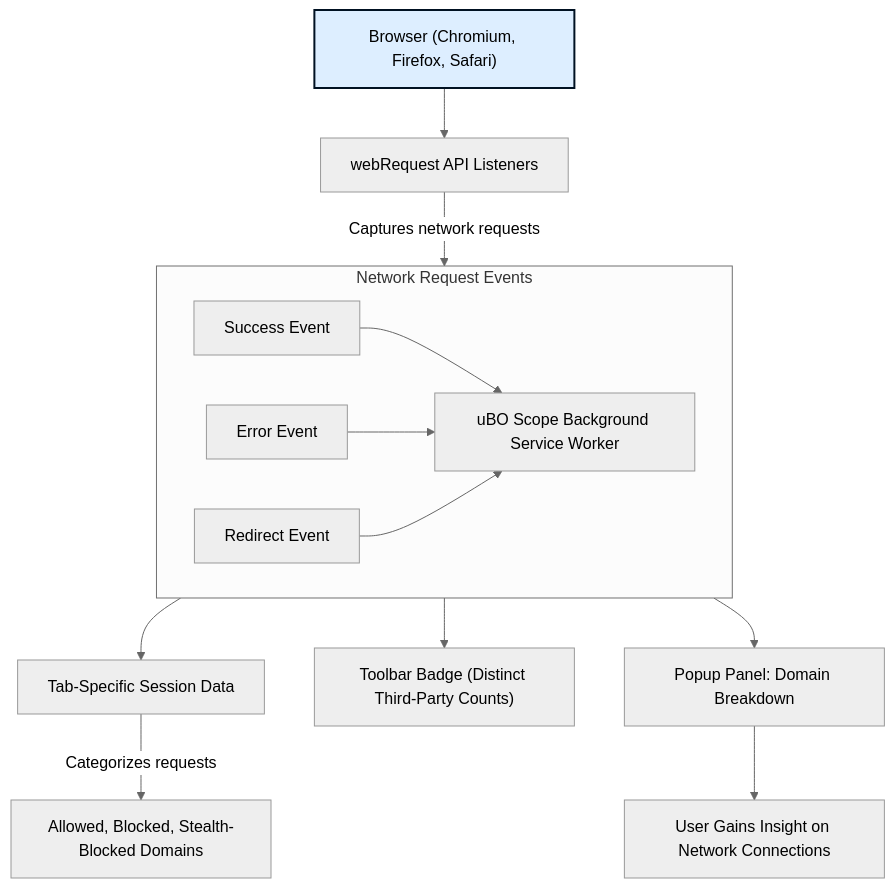
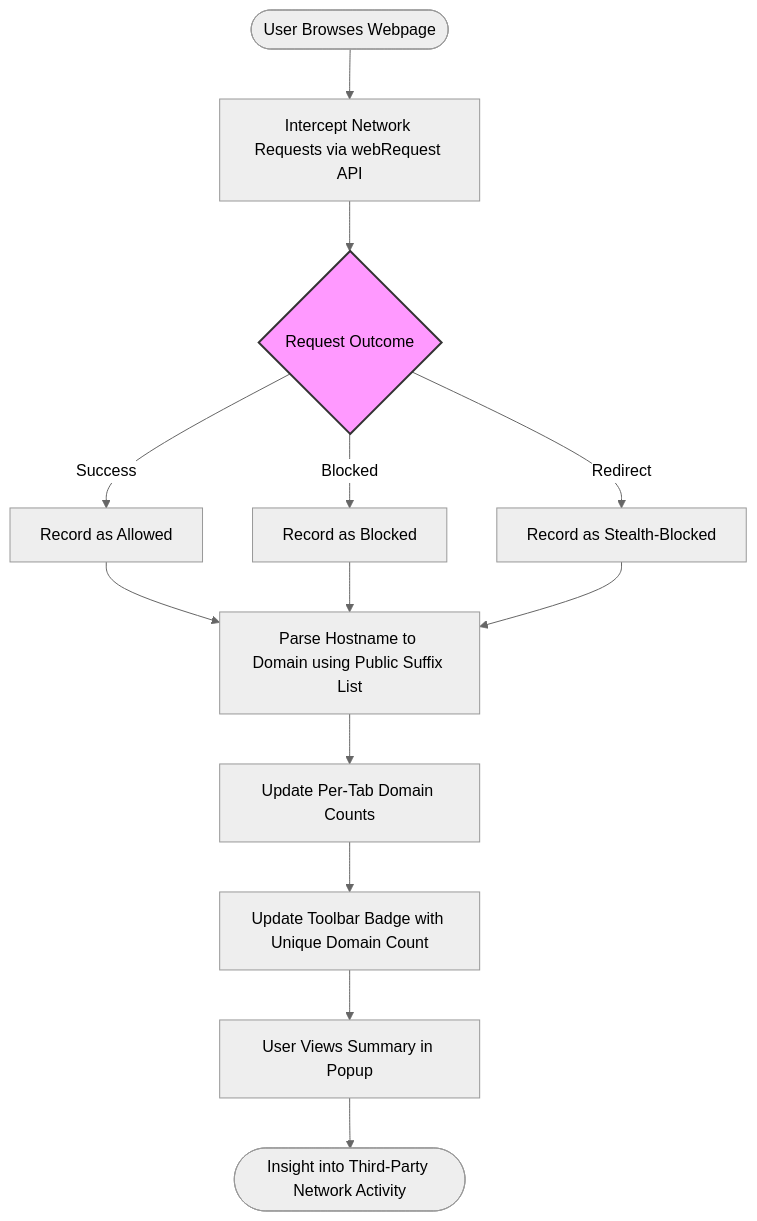
One commit to clidey/docucod-public-project-adf15a81-508f-4f0d-9083-12549e1f66a0 changed the diagram in overview/product-introduction/what-is-ubo-scope.mdx. Above: the diagram before and after it, drawn with Mermaid (neutral theme). The commit also changed other lines of this file and 18 other files, not shown here.

````diff
--- a/overview/product-introduction/what-is-ubo-scope.mdx
+++ b/overview/product-introduction/what-is-ubo-scope.mdx
@@ -152,20 +102,21 @@
 ```mermaid
 flowchart TD
-  Browser["Browser (Chromium, Firefox, Safari)"] --> WebRequestAPI["webRequest API Listeners"]
-  WebRequestAPI -->|Captures network requests| BackgroundScript["uBO Scope Background Service Worker"]
-  BackgroundScript --> SessionState["Tab-Specific Session Data"]
-  SessionState -->|Categorizes requests| OutcomeCategories["Allowed, Blocked, Stealth-Blocked Domains"]
-  BackgroundScript --> BadgeUpdater["Toolbar Badge (Distinct Third-Party Counts)"]
-  BackgroundScript --> Popup["Popup Panel: Domain Breakdown"]
-  Popup --> User["User Gains Insight on Network Connections"]
 
-  subgraph Network Request Events
-    direction LR
-    Success["Success Event"] --> BackgroundScript
-    Error["Error Event"] --> BackgroundScript
-    Redirect["Redirect Event"] --> BackgroundScript
-  end
+  Start([User Browses Webpage]) --> Intercept[Intercept Network Requests via webRequest API]
 
-  classDef browser fill:#ddeeff,stroke:#001122,stroke-width:2px;
-  class Browser browser;
+  Intercept --> Categorize{Request Outcome}
+  Categorize -->|Success| Allowed[Record as Allowed]
+  Categorize -->|Blocked| Blocked[Record as Blocked]
+  Categorize -->|Redirect| Stealth[Record as Stealth-Blocked]
+
+  Allowed & Blocked & Stealth --> ExtractDomain[Parse Hostname to Domain using Public Suffix List]
+
+  ExtractDomain --> UpdateTabData[Update Per-Tab Domain Counts]
+  UpdateTabData --> UpdateBadge[Update Toolbar Badge with Unique Domain Count]
+
+  UpdateBadge --> UserView[User Views Summary in Popup]
+  UserView --> End([Insight into Third-Party Network Activity])
+
+  classDef decision fill:#f9f,stroke:#333,stroke-width:2px;
+  class Categorize decision;
 ```
````
